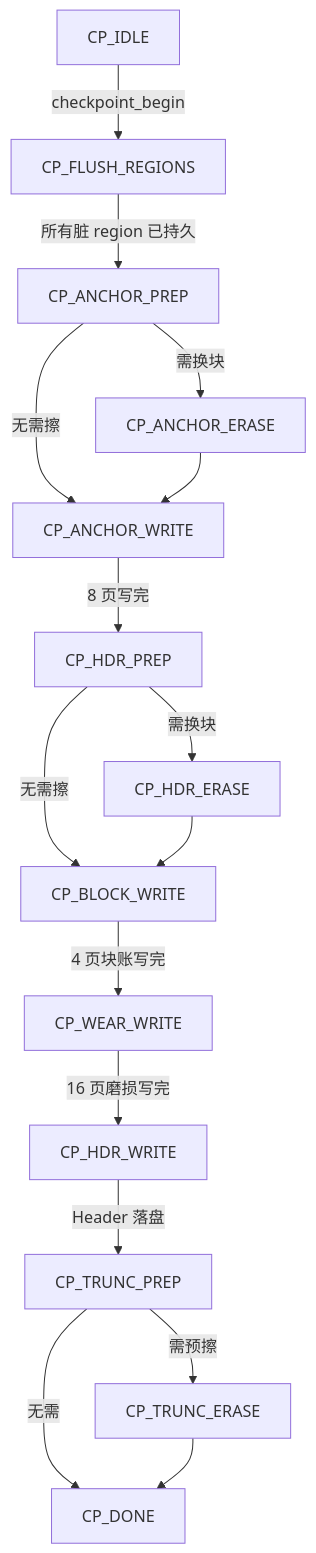
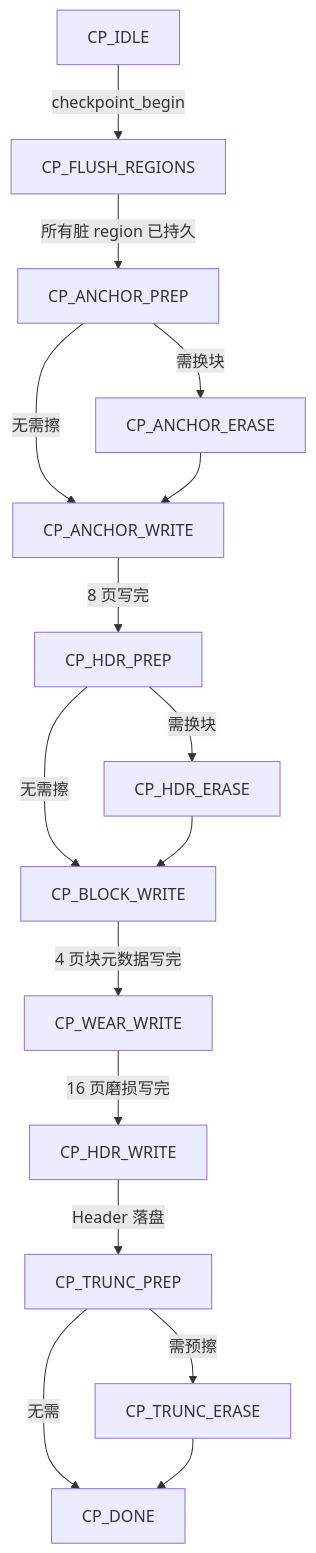
Diagram 16 of 32 in docs/design/ftl_design.md (YzYMIAO/BASESSD), drawn with Mermaid before and after one commit. The commit also changed other lines of this file and 18 other files, not shown here.

````diff
--- a/docs/design/ftl_design.md
+++ b/docs/design/ftl_design.md
@@ -2287,31 +2287,31 @@
 ```mermaid
 flowchart TD
     IDLE["CP_IDLE"]
     FLUSH["CP_FLUSH_REGIONS"]
     APREP["CP_ANCHOR_PREP"]
     AERASE["CP_ANCHOR_ERASE"]
     AWRITE["CP_ANCHOR_WRITE"]
     HPREP["CP_HDR_PREP"]
     HERASE["CP_HDR_ERASE"]
     BWRITE["CP_BLOCK_WRITE"]
     WWRITE["CP_WEAR_WRITE"]
     HWRITE["CP_HDR_WRITE"]
     TPREP["CP_TRUNC_PREP"]
     TERASE["CP_TRUNC_ERASE"]
     DONE["CP_DONE"]
     IDLE -- "checkpoint_begin" --> FLUSH
     FLUSH -- "所有脏 region 已持久" --> APREP
     APREP -- "需换块" --> AERASE
     APREP -- "无需擦" --> AWRITE
     AERASE --> AWRITE
     AWRITE -- "8 页写完" --> HPREP
     HPREP -- "需换块" --> HERASE
     HPREP -- "无需擦" --> BWRITE
     HERASE --> BWRITE
-    BWRITE -- "4 页块账写完" --> WWRITE
+    BWRITE -- "4 页块元数据写完" --> WWRITE
     WWRITE -- "16 页磨损写完" --> HWRITE
     HWRITE -- "Header 落盘" --> TPREP
     TPREP -- "需预擦" --> TERASE
     TPREP -- "无需" --> DONE
     TERASE --> DONE
 ```
````
